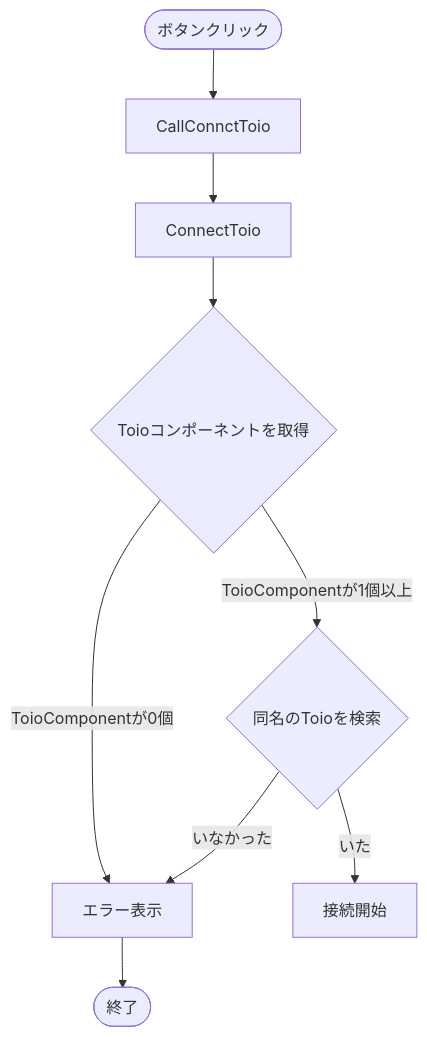
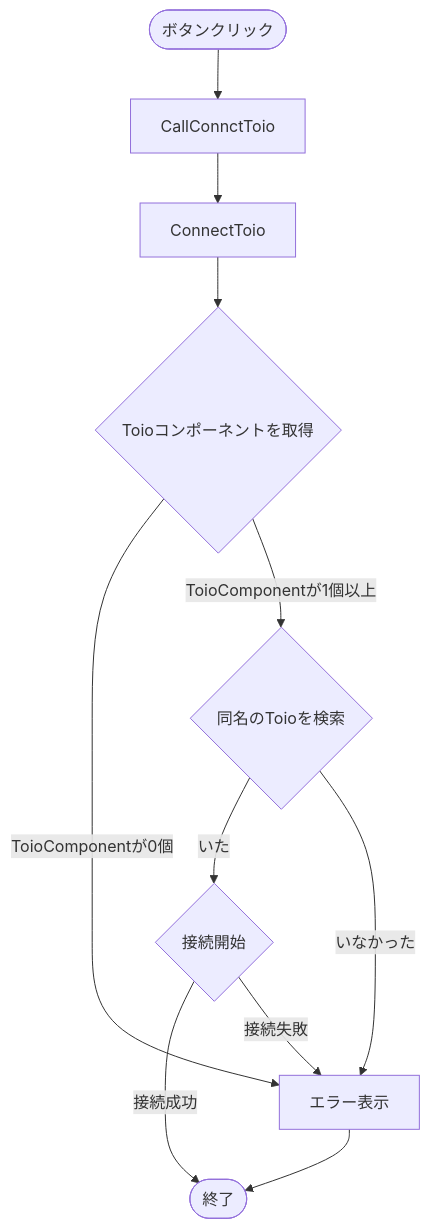
The diagram in Document/design/ToioConnecter_ConnectToio.md (Ryuzo-MYU/weak-toio), drawn with Mermaid before and after one commit.

Commit message:
2025年1月3日 13:02

````diff
--- a/Document/design/ToioConnecter_ConnectToio.md
+++ b/Document/design/ToioConnecter_ConnectToio.md
@@ -6,13 +6,14 @@
 ```mermaid
  graph TD
   linkStyle default orthogonal
   Start([ボタンクリック]) --> CallConnctToio
   CallConnctToio --> ConnectToio
   ConnectToio --> GetToioComponets{Toioコンポーネントを取得}
   GetToioComponets --> |ToioComponentが0個| Error[エラー表示]
   GetToioComponets --> |ToioComponentが1個以上| Find{同名のToioを検索}
-  Find --> |いた| StartConnect[接続開始]
+  Find --> |いた| StartConnect{接続開始}
   Find --> |いなかった| Error
-  
+  StartConnect --> |接続成功| End
+  StartConnect --> |接続失敗| Error
   Error --> End([終了])
 ```
````
